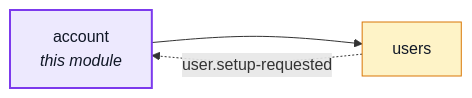
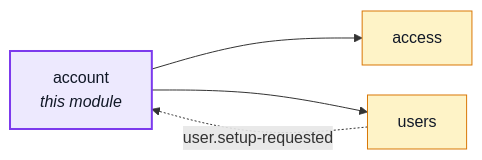
One commit to Guebbit/boilerplate-node-backend changed the first of 3 diagrams in docs/modules/account.md. Above: the diagram before and after it, drawn with Mermaid. The commit also changed 51 other files, not shown here.

````diff
--- a/docs/modules/account.md
+++ b/docs/modules/account.md
@@ -16,16 +16,18 @@
 ```mermaid
 %%{init: {'flowchart': {'nodeSpacing': 30, 'rankSpacing': 60}}}%%
 flowchart LR
     account["account<br/><i>this module</i>"]
+    access["access"]
     users["users"]
 
+    account --> access
     account --> users
     users -. "user.setup-requested" .-> account
 
     classDef core fill:#dbeafe,stroke:#2563eb,color:#111827;
     classDef supporting fill:#fef3c7,stroke:#d97706,color:#111827;
     classDef generic fill:#dcfce7,stroke:#16a34a,color:#111827;
     classDef centre fill:#ede9fe,stroke:#7c3aed,stroke-width:2px,color:#111827;
-    class users supporting;
+    class access,users supporting;
     class account centre;
 ```
````
